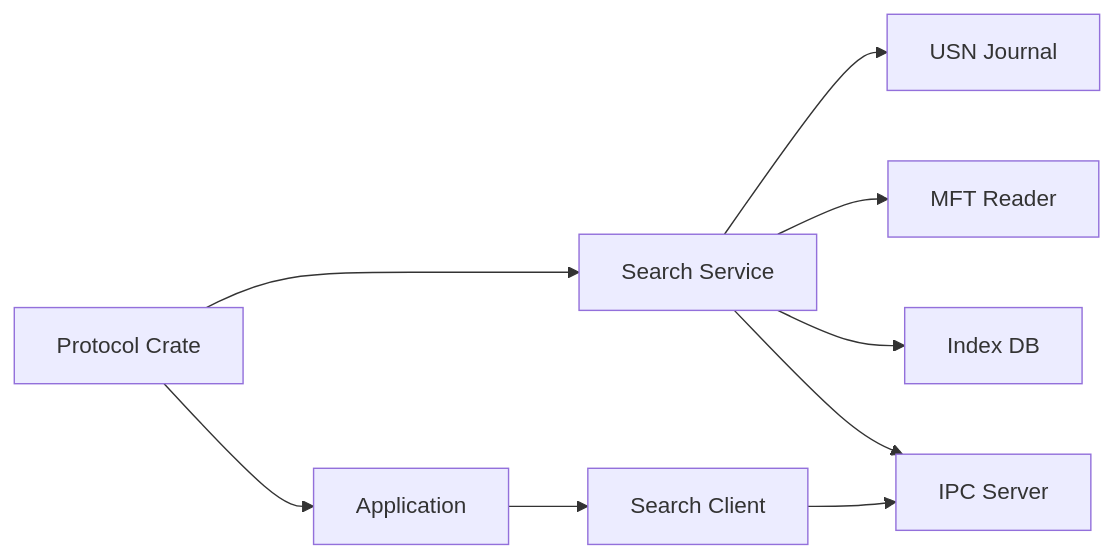
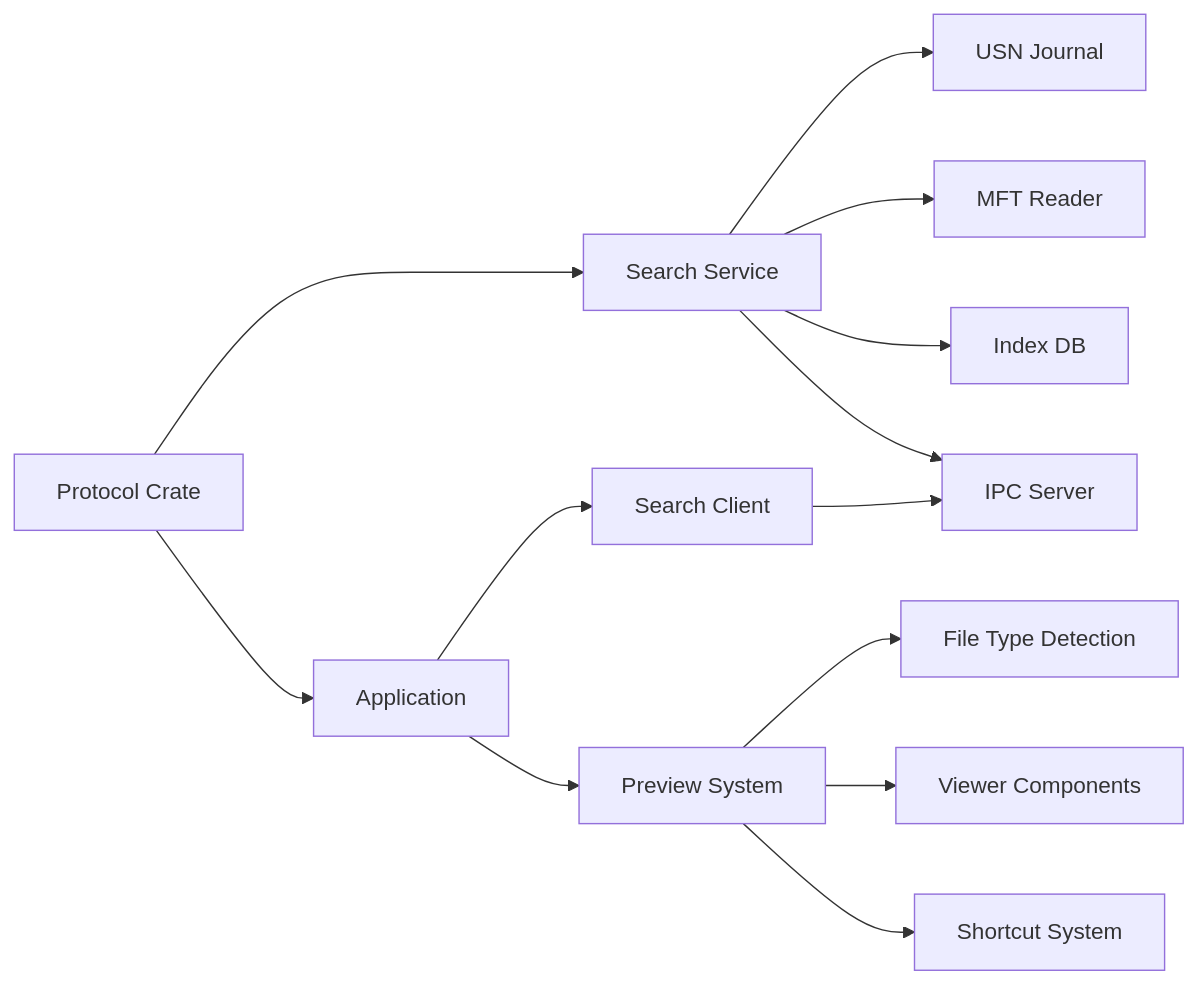
Before and after one commit to MTTamurex/MTT-File-Manager-RUST: the eighth of 8 diagrams in .qoder/repowiki/en/content/Core Features/Global Search.md, drawn with Mermaid. The commit also changed other lines of this file and 1 other file, not shown here.

First line of the commit message:
docs(global_search): add preview functionality documentation and integration details

````diff
--- a/.qoder/repowiki/en/content/Core Features/Global Search.md
+++ b/.qoder/repowiki/en/content/Core Features/Global Search.md
@@ -348,11 +429,15 @@
 ```mermaid
 graph LR
 Proto["Protocol Crate"] --> Service["Search Service"]
 Proto --> App["Application"]
 Service --> USN["USN Journal"]
 Service --> MFT["MFT Reader"]
 Service --> DB["Index DB"]
 Service --> IPC["IPC Server"]
 App --> Client["Search Client"]
 Client --> IPC
+App --> Preview["Preview System"]
+Preview --> FileTypes["File Type Detection"]
+Preview --> Viewers["Viewer Components"]
+Preview --> Shortcuts["Shortcut System"]
 ```
````
